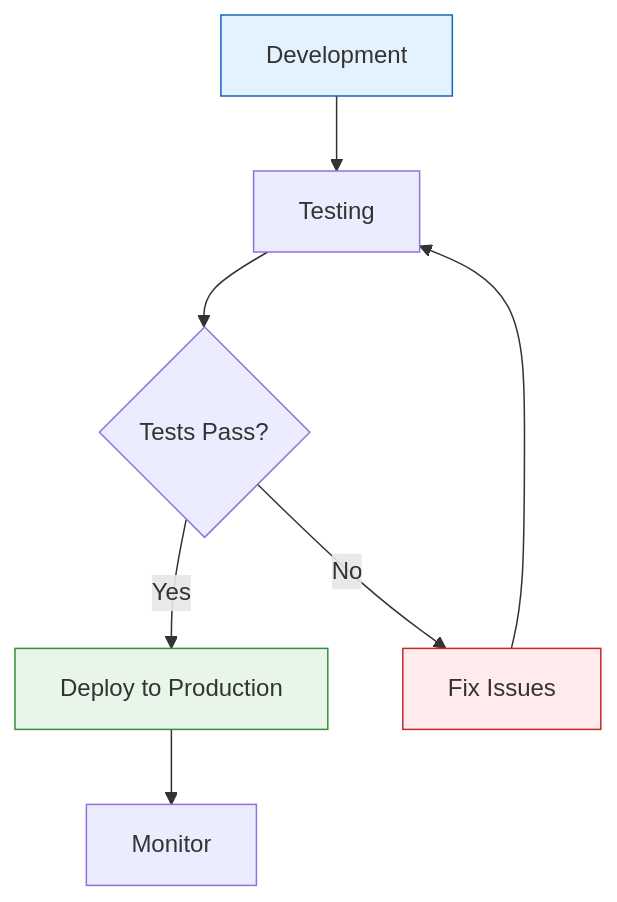
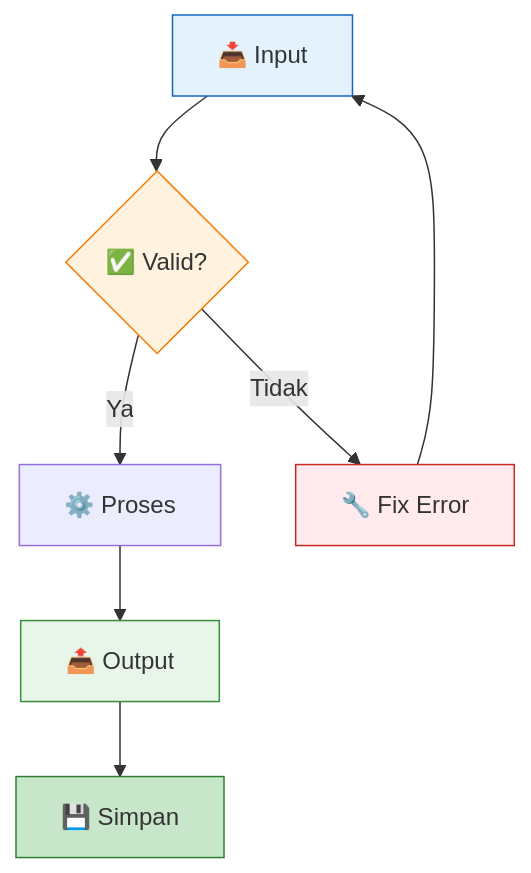
Before and after one commit to fanani-radian/openclaw-sumopod: the second of 3 diagrams in docs/auto-generated/deploying-and-publishing-with-openclaw-2026-03-15.md, drawn with Mermaid. The commit also changed other lines of this file and 3 other files, not shown here.

Commit message:
auto: Indonesian tutorials + colorful Mermaid diagrams - March 15, 2026

````diff
--- a/docs/auto-generated/deploying-and-publishing-with-openclaw-2026-03-15.md
+++ b/docs/auto-generated/deploying-and-publishing-with-openclaw-2026-03-15.md
@@ -37,13 +49,15 @@
 ```mermaid
 flowchart TD
-    A["Development"] --> B["Testing"]
-    B --> C{"Tests Pass?"}
-    C -->|Yes| D["Deploy to Production"]
-    C -->|No| E["Fix Issues"]
-    E --> B
-    D --> F["Monitor"]
+    Input["📥 Input"] --> Check{"✅ Valid?"}
+    Check -->|Ya| Process["⚙️ Proses"]
+    Check -->|Tidak| Fix["🔧 Fix Error"]
+    Fix --> Input
+    Process --> Output["📤 Output"]
+    Output --> Save["💾 Simpan"]
     
-    style A fill:#e3f2fd,stroke:#1565c0
-    style D fill:#e8f5e9,stroke:#388e3c
-    style E fill:#ffebee,stroke:#c62828
+    style Input fill:#e3f2fd,stroke:#1565c0
+    style Check fill:#fff3e0,stroke:#f57c00
+    style Fix fill:#ffebee,stroke:#c62828
+    style Output fill:#e8f5e9,stroke:#388e3c
+    style Save fill:#c8e6c9,stroke:#2e7d32
 ```
````
